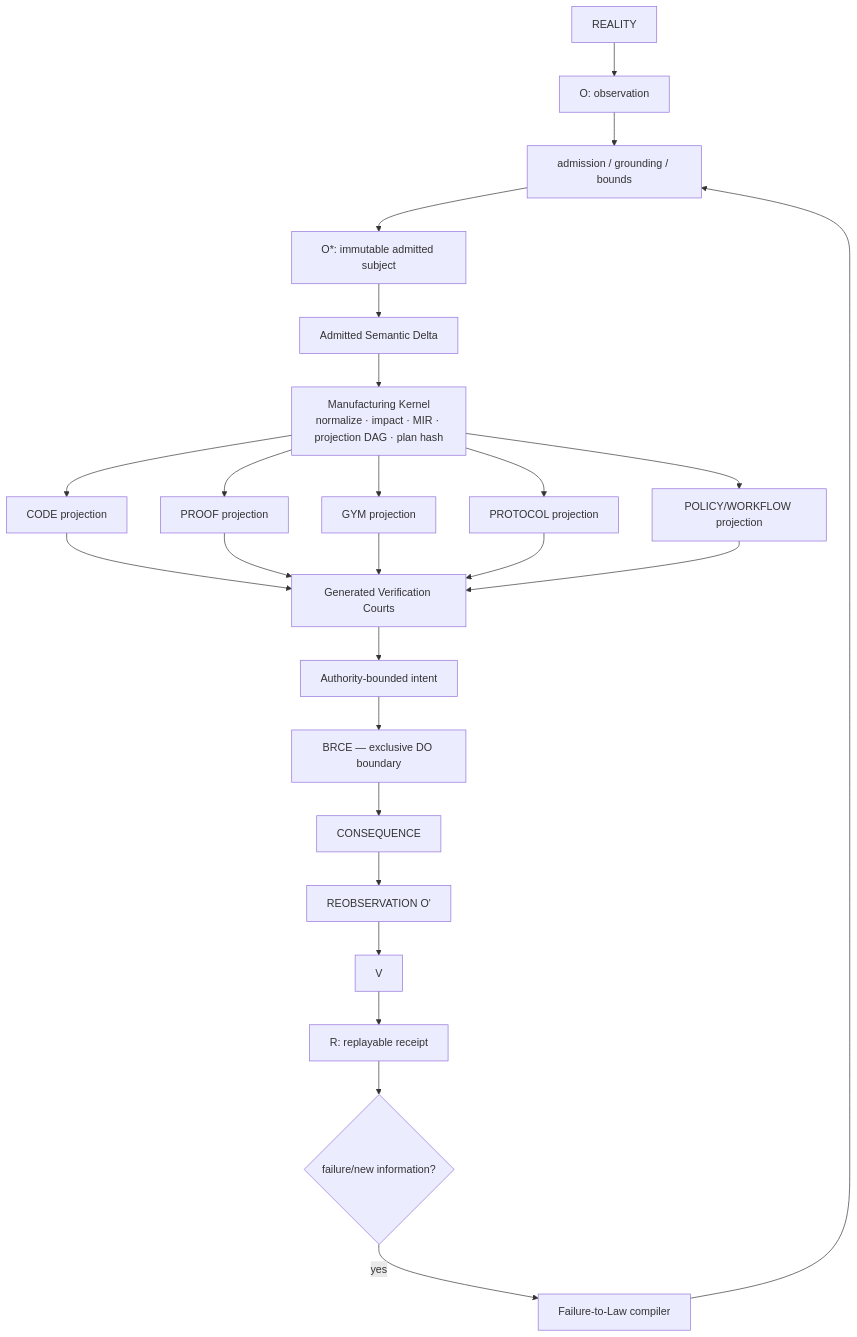
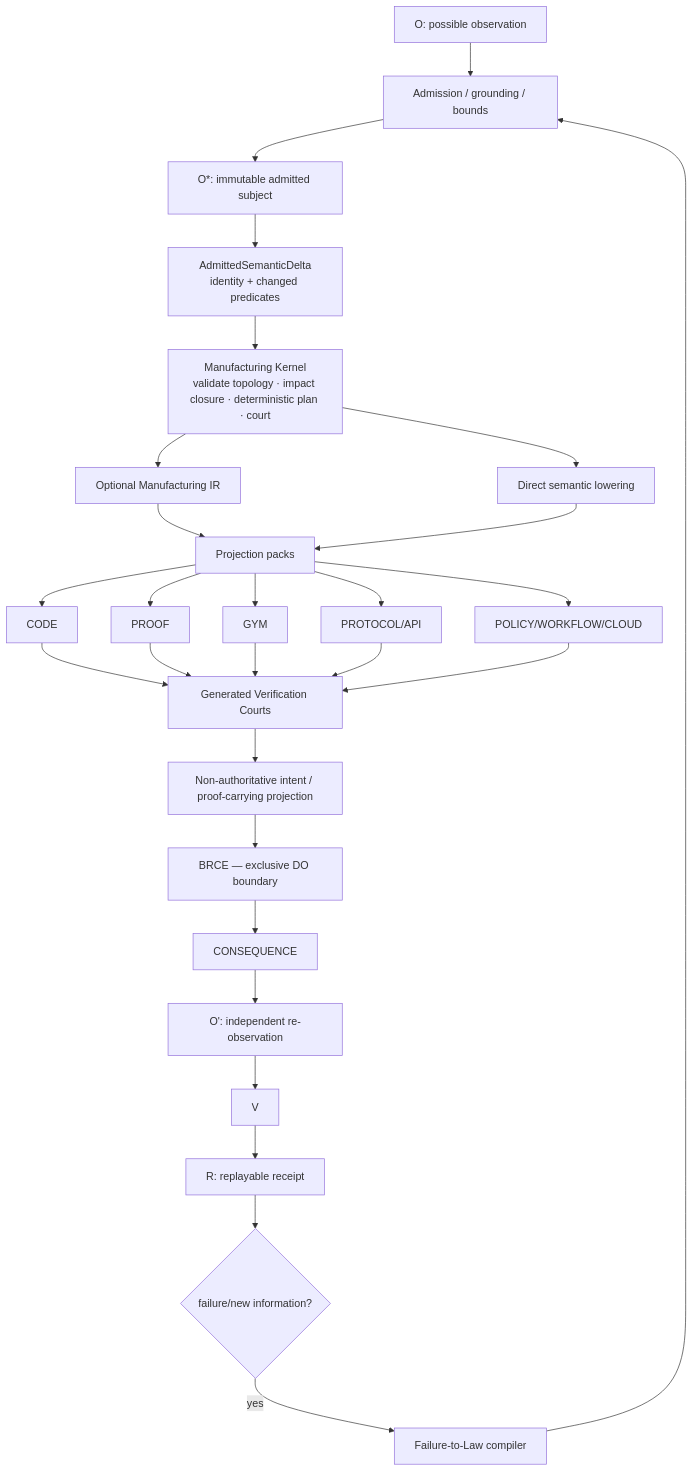
Before and after one commit to seanchatmangpt/ggen: the second of 3 diagrams in docs/vision/GGEN_2030_TRIZ_CROWN.md, drawn with Mermaid. The commit also changed other lines of this file, not shown here.

Commit message:
docs(vision): align Crown with carrier-independent kernel

````diff
--- a/docs/vision/GGEN_2030_TRIZ_CROWN.md
+++ b/docs/vision/GGEN_2030_TRIZ_CROWN.md
@@ -277,27 +309,30 @@
 ```mermaid
 flowchart TD
-    Reality[REALITY] --> O[O: observation]
-    O --> Admit[admission / grounding / bounds]
+    O[O: possible observation] --> Admit[Admission / grounding / bounds]
     Admit --> OS[O*: immutable admitted subject]
-    OS --> Delta[Admitted Semantic Delta]
-    Delta --> Kernel[Manufacturing Kernel\nnormalize · impact · MIR · projection DAG · plan hash]
-    Kernel --> Code[CODE projection]
-    Kernel --> Proof[PROOF projection]
-    Kernel --> Gym[GYM projection]
-    Kernel --> Protocol[PROTOCOL projection]
-    Kernel --> Policy[POLICY/WORKFLOW projection]
+    OS --> Delta[AdmittedSemanticDelta\nidentity + changed predicates]
+    Delta --> Kernel[Manufacturing Kernel\nvalidate topology · impact closure · deterministic plan · court]
+    Kernel --> MIR[Optional Manufacturing IR]
+    Kernel --> Direct[Direct semantic lowering]
+    MIR --> Packs[Projection packs]
+    Direct --> Packs
+    Packs --> Code[CODE]
+    Packs --> Proof[PROOF]
+    Packs --> Gym[GYM]
+    Packs --> Protocol[PROTOCOL/API]
+    Packs --> Policy[POLICY/WORKFLOW/CLOUD]
     Code --> Court[Generated Verification Courts]
     Proof --> Court
     Gym --> Court
     Protocol --> Court
     Policy --> Court
-    Court --> Intent[Authority-bounded intent]
+    Court --> Intent[Non-authoritative intent / proof-carrying projection]
     Intent --> BRCE[BRCE — exclusive DO boundary]
     BRCE --> Consequence[CONSEQUENCE]
-    Consequence --> Reobserve[REOBSERVATION O']
+    Consequence --> Reobserve[O': independent re-observation]
     Reobserve --> Verify[V]
     Verify --> Receipt[R: replayable receipt]
     Receipt --> Failure{failure/new information?}
     Failure -->|yes| Law[Failure-to-Law compiler]
     Law --> Admit
 ```
````
